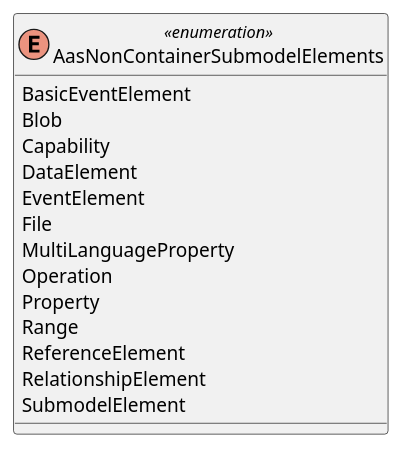
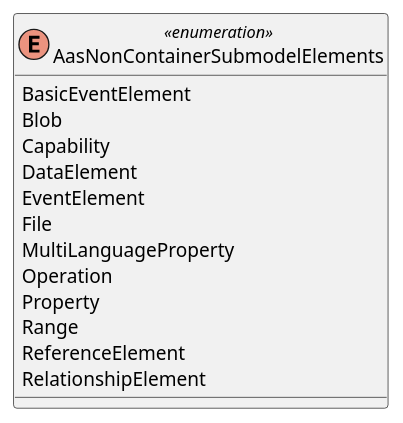
Before and after one commit to admin-shell-io/aas-specs: the diagram in documentation/IDTA-01001/modules/ROOT/partials/diagrams/classes/enum-aas-non-container-submodel-elements.puml, drawn with PlantUML. The commit also changed 2 other files, not shown here.

Commit message:
JT-1 Remove SubmodelElement  from the enumeration "AasNonContainerSubmodelElements". Move them to AasSubmodelElements

```diff
--- a/documentation/IDTA-01001/modules/ROOT/partials/diagrams/classes/enum-aas-non-container-submodel-elements.puml
+++ b/documentation/IDTA-01001/modules/ROOT/partials/diagrams/classes/enum-aas-non-container-submodel-elements.puml
@@ -1,17 +1,16 @@
 @startuml
 enum AasNonContainerSubmodelElements <<enumeration>> {
   BasicEventElement
   Blob
   Capability
   DataElement
   EventElement
   File
   MultiLanguageProperty
   Operation
   Property
   Range
   ReferenceElement
   RelationshipElement
-  SubmodelElement
 }
 @enduml
```
